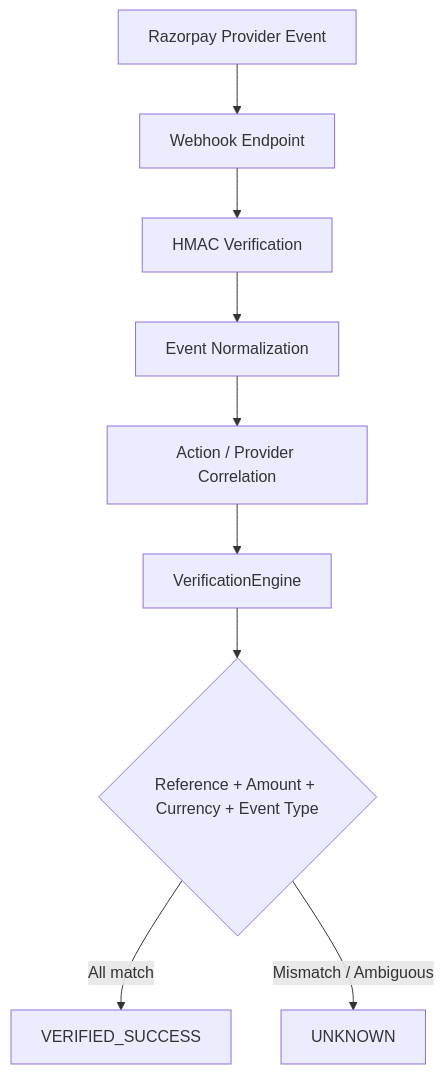
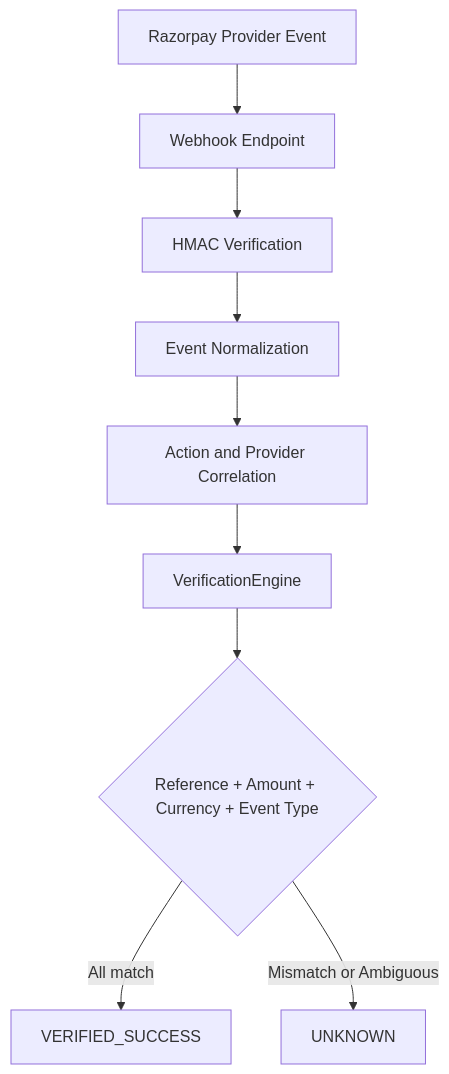
Before and after one commit to manas0615/RecoverAI: the fifth of 6 diagrams in README.md, drawn with Mermaid. The commit also changed other lines of this file, not shown here.

````diff
--- a/README.md
+++ b/README.md
@@ -289,13 +299,13 @@
 ```mermaid
 flowchart TD
     RZ[Razorpay Provider Event] --> WH[Webhook Endpoint]
     WH --> HMAC[HMAC Verification]
     HMAC --> NORM[Event Normalization]
-    NORM --> CORR[Action / Provider Correlation]
+    NORM --> CORR[Action and Provider Correlation]
     CORR --> VE[VerificationEngine]
 
     VE --> VAL{Reference + Amount + Currency + Event Type}
 
     VAL -->|All match| SUCCESS[VERIFIED_SUCCESS]
-    VAL -->|Mismatch / Ambiguous| UNKNOWN[UNKNOWN]
+    VAL -->|Mismatch or Ambiguous| UNKNOWN[UNKNOWN]
 ```
````
